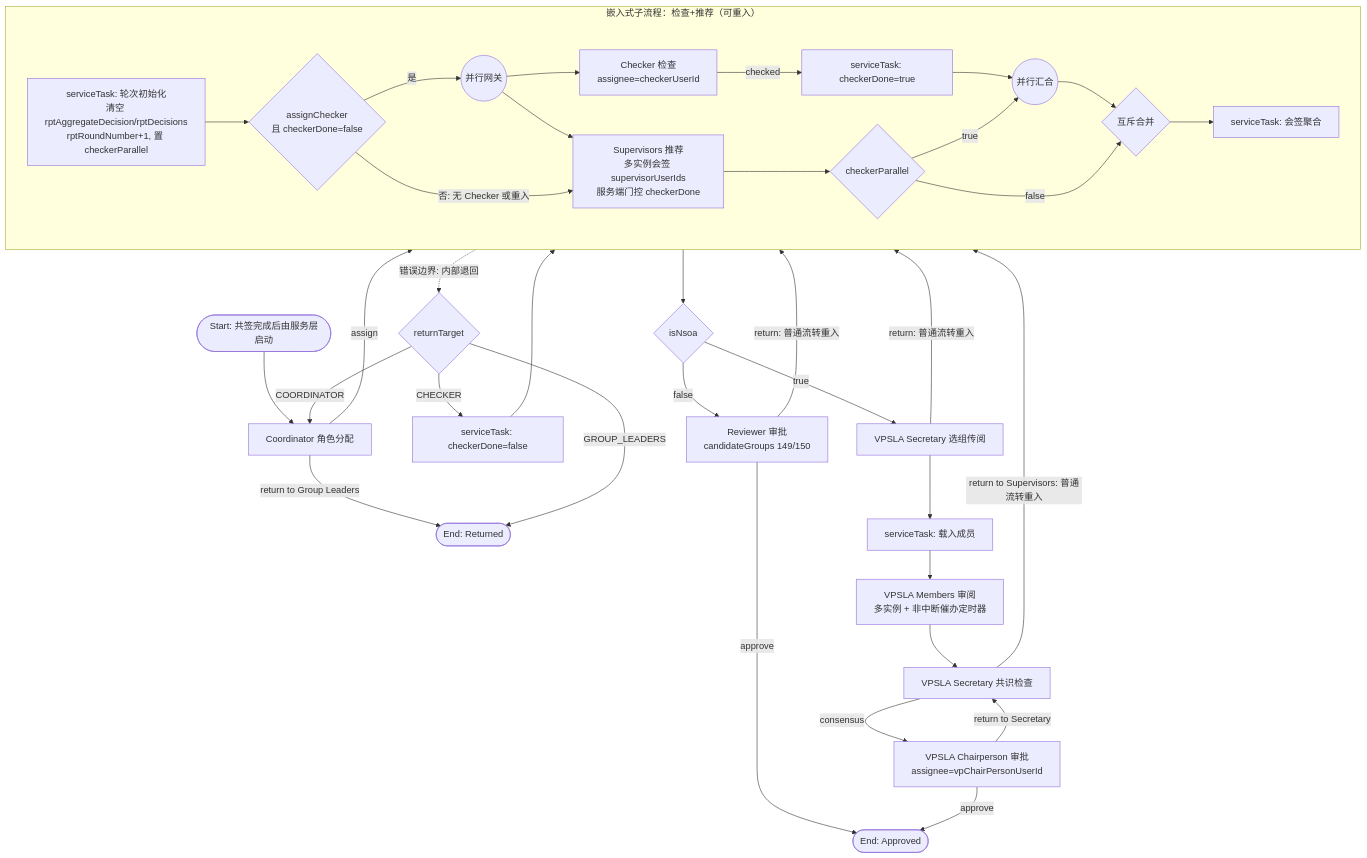
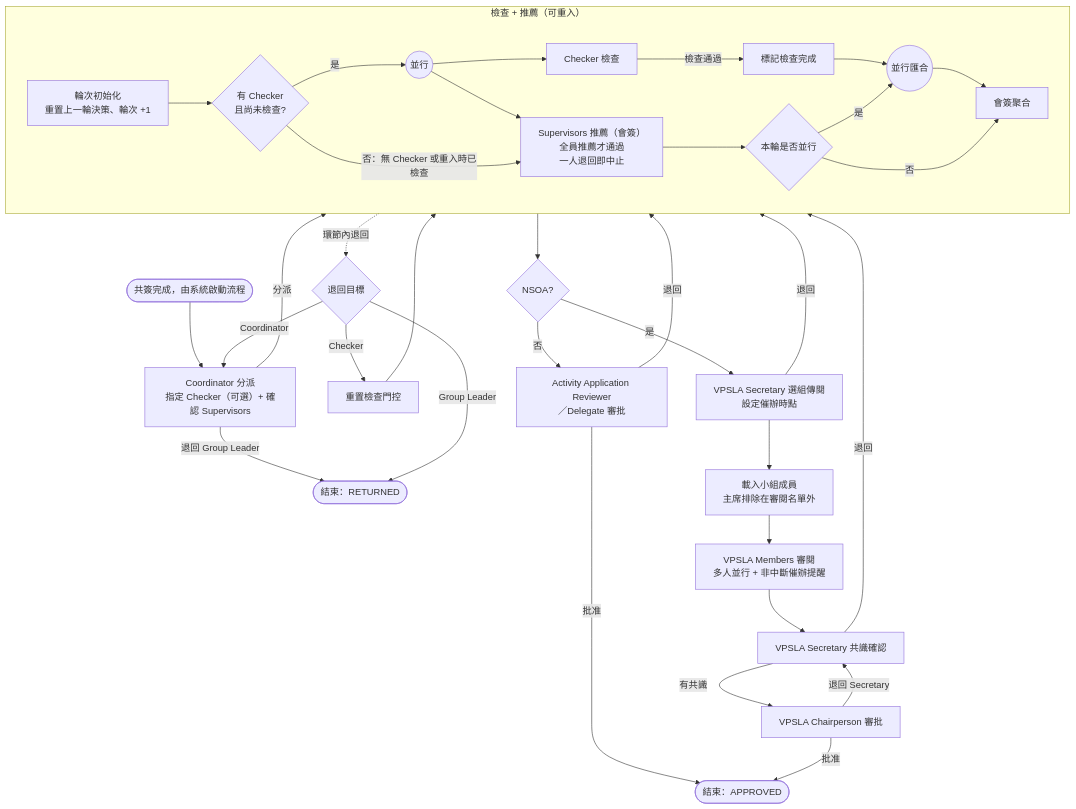
One commit to OneStar-Projects/SLAS-Docs changed the diagram in activity-report-submission-design.md. Above: the diagram before and after it, drawn with Mermaid. The commit also changed other lines of this file and 6 other files, not shown here.

````diff
--- a/activity-report-submission-design.md
+++ b/activity-report-submission-design.md
@@ -192,35 +128,34 @@
 ```mermaid
 flowchart TD
-    S([Start: 共签完成后由服务层启动]) --> C[Coordinator 角色分配]
-    C -->|return to Group Leaders| RET([End: Returned])
-    C -->|assign| SUB
-    subgraph SUB [嵌入式子流程：检查+推荐（可重入）]
-      INIT[serviceTask: 轮次初始化<br/>清空 rptAggregateDecision/rptDecisions<br/>rptRoundNumber+1, 置 checkerParallel] --> G1{assignChecker<br/>且 checkerDone=false}
-      G1 -->|是| FORK((并行网关))
-      FORK --> CHK[Checker 检查<br/>assignee=checkerUserId]
-      FORK --> SUP[Supervisors 推荐<br/>多实例会签 supervisorUserIds<br/>服务端门控 checkerDone]
-      CHK -->|checked| SETV[serviceTask: checkerDone=true] --> JOIN((并行汇合))
-      SUP --> G2{checkerParallel}
-      G2 -->|true| JOIN
-      G2 -->|false| MERGE{互斥合并}
-      JOIN --> MERGE
-      G1 -->|否: 无 Checker 或重入| SUP
-      MERGE --> AGG[serviceTask: 会签聚合]
+    S([共簽完成，由系統啟動流程]) --> C[Coordinator 分派<br/>指定 Checker（可選）+ 確認 Supervisors]
+    C -- 退回 Group Leader --> RET([結束：RETURNED])
+    C -- 分派 --> SUB
+    subgraph SUB [檢查 + 推薦（可重入）]
+      INIT[輪次初始化<br/>重置上一輪決策、輪次 +1] --> G1{有 Checker<br/>且尚未檢查?}
+      G1 -- 是 --> FORK((並行))
+      FORK --> CHK[Checker 檢查]
+      FORK --> SUP[Supervisors 推薦（會簽）<br/>全員推薦才通過<br/>一人退回即中止]
+      G1 -- 否：無 Checker 或重入時已檢查 --> SUP
+      CHK -- 檢查通過 --> DONE[標記檢查完成] --> JOIN((並行匯合))
+      SUP --> G2{本輪是否並行}
+      G2 -- 是 --> JOIN
+      G2 -- 否 --> AGG[會簽聚合]
+      JOIN --> AGG
     end
-    SUB -. 错误边界: 内部退回 .-> RGATE{returnTarget}
-    RGATE -->|COORDINATOR| C
-    RGATE -->|CHECKER| RSTC[serviceTask: checkerDone=false] --> SUB
-    RGATE -->|GROUP_LEADERS| RET
-    SUB --> NSOA{isNsoa}
-    NSOA -->|false| REV[Reviewer 审批<br/>candidateGroups 149/150]
-    REV -->|approve| OK([End: Approved])
-    REV -->|return: 普通流转重入| SUB
-    NSOA -->|true| VPS[VPSLA Secretary 选组传阅]
-    VPS -->|return: 普通流转重入| SUB
-    VPS --> LOAD[serviceTask: 载入成员] --> VPM[VPSLA Members 审阅<br/>多实例 + 非中断催办定时器]
-    VPM --> VPC[VPSLA Secretary 共识检查]
-    VPC -->|return to Supervisors: 普通流转重入| SUB
-    VPC -->|consensus| CHAIR[VPSLA Chairperson 审批<br/>assignee=vpChairPersonUserId]
-    CHAIR -->|approve| OK
-    CHAIR -->|return to Secretary| VPC
+    SUB -. 環節內退回 .-> RG{退回目標}
+    RG -- Coordinator --> C
+    RG -- Checker --> RSTC[重置檢查門控] --> SUB
+    RG -- Group Leader --> RET
+    SUB --> NS{NSOA?}
+    NS -- 否 --> REV[Activity Application Reviewer<br/>／Delegate 審批]
+    REV -- 批准 --> OK([結束：APPROVED])
+    REV -- 退回 --> SUB
+    NS -- 是 --> VPS[VPSLA Secretary 選組傳閱<br/>設定催辦時點]
+    VPS -- 退回 --> SUB
+    VPS --> LOAD[載入小組成員<br/>主席排除在審閱名單外] --> VPM[VPSLA Members 審閱<br/>多人並行 + 非中斷催辦提醒]
+    VPM --> VPC[VPSLA Secretary 共識確認]
+    VPC -- 退回 --> SUB
+    VPC -- 有共識 --> CH[VPSLA Chairperson 審批]
+    CH -- 批准 --> OK
+    CH -- 退回 Secretary --> VPC
 ```
````
